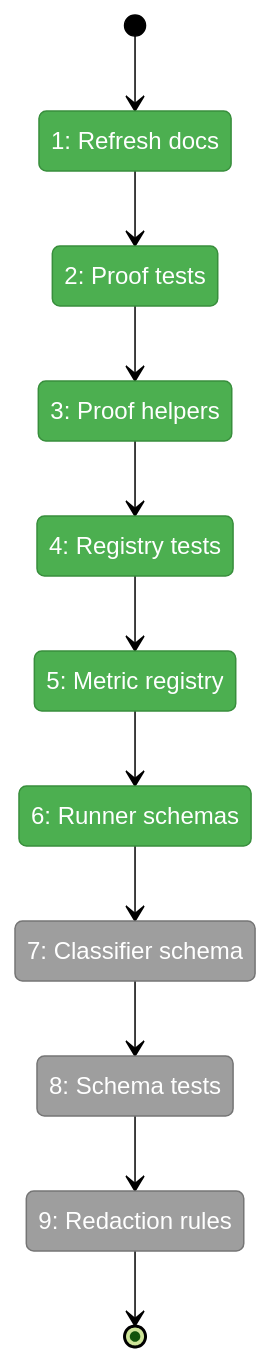
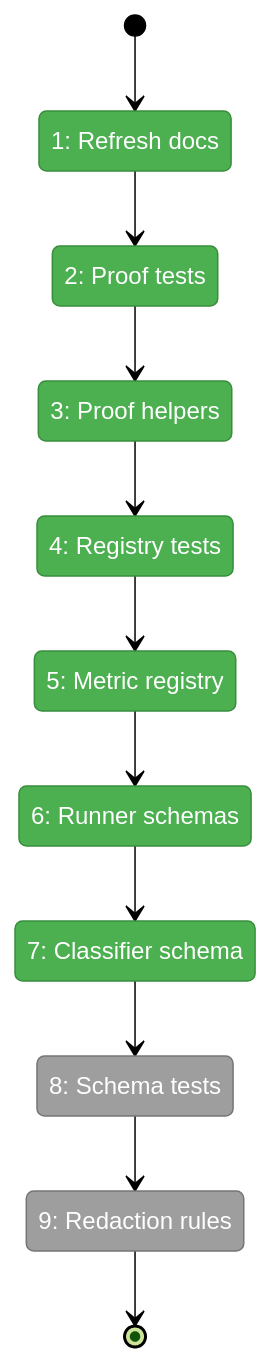
Before and after one commit to AI-Substrate/minih: the first of 2 diagrams in docs/plans/020-minih-harness-measurement/tasks/phase-1-measurement-domain-contracts/tasks.fltplan.md, drawn with Mermaid (forest theme). The commit also changed other lines of this file and 6 other files, not shown here.

Commit message:
feat: add measurement classification schema

````diff
--- a/docs/plans/020-minih-harness-measurement/tasks/phase-1-measurement-domain-contracts/tasks.fltplan.md
+++ b/docs/plans/020-minih-harness-measurement/tasks/phase-1-measurement-domain-contracts/tasks.fltplan.md
@@ -44,36 +44,37 @@
 ```mermaid
 stateDiagram-v2
     classDef pending fill:#9E9E9E,stroke:#757575,color:#fff
     classDef active fill:#FFC107,stroke:#FFA000,color:#000
     classDef done fill:#4CAF50,stroke:#388E3C,color:#fff
     classDef blocked fill:#F44336,stroke:#D32F2F,color:#fff
 
     state "1: Refresh docs" as S1
     state "2: Proof tests" as S2
     state "3: Proof helpers" as S3
     state "4: Registry tests" as S4
     state "5: Metric registry" as S5
     state "6: Runner schemas" as S6
     state "7: Classifier schema" as S7
     state "8: Schema tests" as S8
     state "9: Redaction rules" as S9
 
     [*] --> S1
     S1 --> S2
     S2 --> S3
     S3 --> S4
     S4 --> S5
     S5 --> S6
     S6 --> S7
     S7 --> S8
     S8 --> S9
     S9 --> [*]
 
     class S1 done
     class S2 done
     class S3 done
     class S4 done
     class S5 done
     class S6 done
-    class S7,S8,S9 pending
+    class S7 done
+    class S8,S9 pending
 ```
````
